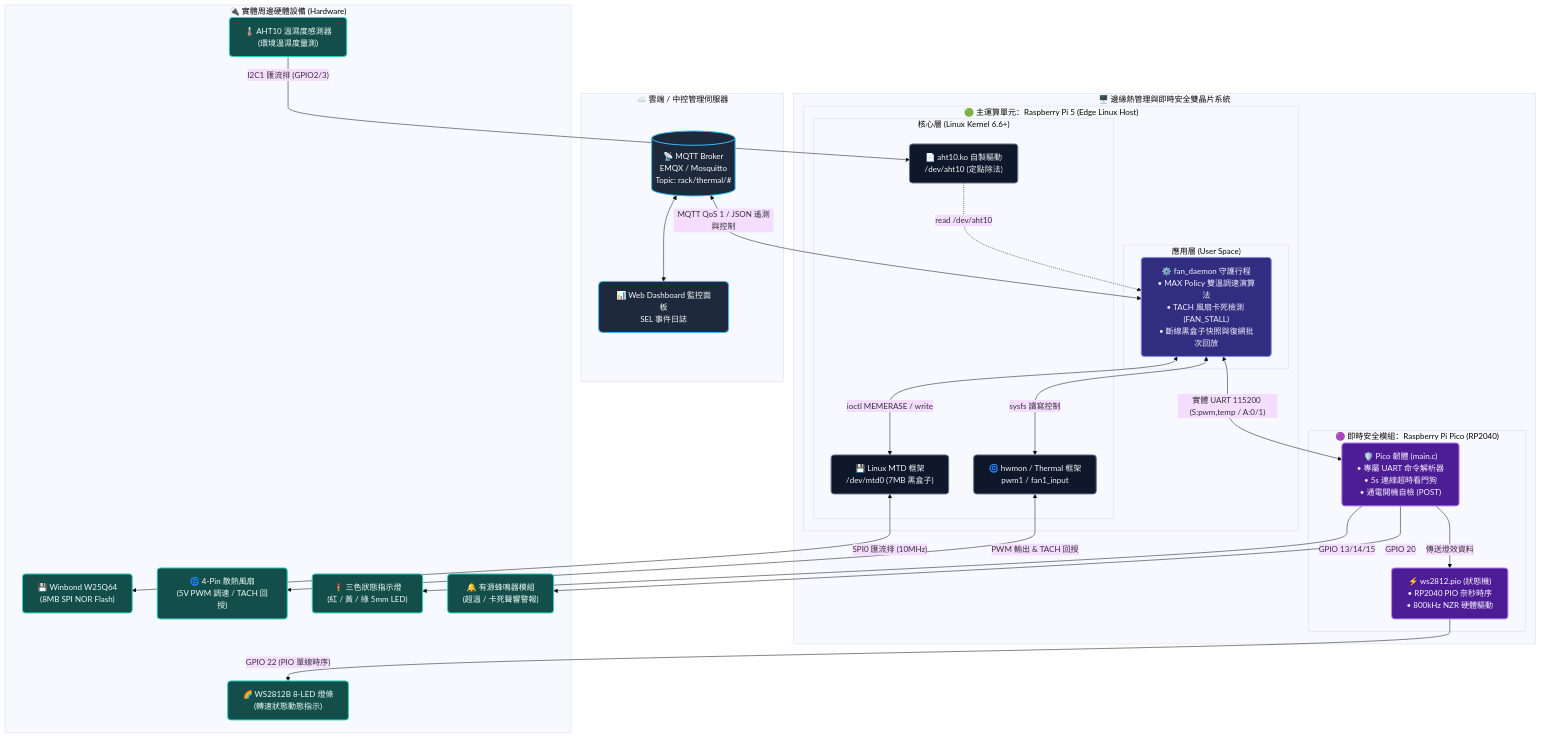
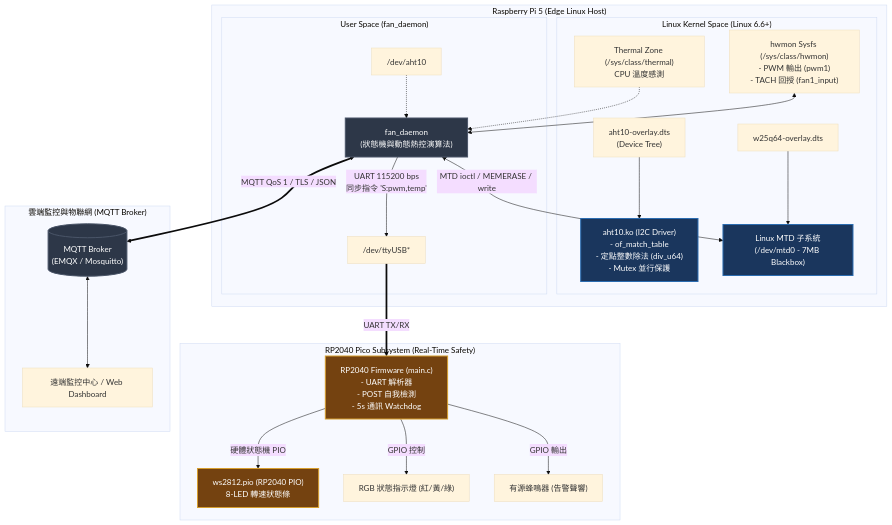
Before and after one commit to simpson588/rack-thermal-controller: the diagram in README.md, drawn with Mermaid (base theme). The commit also changed other lines of this file, not shown here.

Commit message:
revert(docs): restore clean layout from previous version (collapse Mermaid, emphasize high-res diagrams)

````diff
--- a/README.md
+++ b/README.md
@@ -88,73 +79,39 @@
 ```mermaid
-flowchart TB
-%% ===== 樣式定義 =====
-    classDef central fill:#1E293B,stroke:#38BDF8,stroke-width:2px,color:#F8FAFC,rx:8px,ry:8px;
-    classDef app fill:#312E81,stroke:#818CF8,stroke-width:2px,color:#EEF2FF,rx:6px,ry:6px;
-    classDef kernel fill:#0F172A,stroke:#64748B,stroke-width:2px,color:#F1F5F9,rx:6px,ry:6px;
-    classDef mcu fill:#4C1D95,stroke:#C084FC,stroke-width:2px,color:#FAF5FF,rx:6px,ry:6px;
-    classDef hw fill:#134E4A,stroke:#2DD4BF,stroke-width:2px,color:#F0FDFA,rx:6px,ry:6px;
+graph TB
+    subgraph Edge_Node ["Raspberry Pi 5 (Edge Linux Host)"]
+        subgraph Kernel_Space ["Linux Kernel Space (Linux 6.6+)"]
+            AHT10_DTS["aht10-overlay.dts\n(Device Tree)"] --> AHT10_DRV["aht10.ko (I2C Driver)\n- of_match_table\n- 定點整數除法 (div_u64)\n- Mutex 並行保護"]
+            W25Q_DTS["w25q64-overlay.dts"] --> MTD_DRV["Linux MTD 子系統\n(/dev/mtd0 - 7MB Blackbox)"]
+            HWMON["hwmon Sysfs (/sys/class/hwmon)\n- PWM 輸出 (pwm1)\n- TACH 回授 (fan1_input)"]
+            CPU_TEMP["Thermal Zone (/sys/class/thermal)\nCPU 溫度感測"]
+        end
 
-%% ===== 頂層：雲端中控 =====
-    subgraph Central ["☁️ 雲端 / 中控管理伺服器"]
-        BROKER[("📡 MQTT Broker<br>EMQX / Mosquitto<br>Topic: rack/thermal/#")]
-        DASH["📊 Web Dashboard 監控面板<br>SEL 事件日誌"]
-        BROKER <--> DASH
+        subgraph User_Space ["User Space (fan_daemon)"]
+            DEV_AHT10["/dev/aht10"] -.-> DAEMON["fan_daemon\n(狀態機與動態熱控演算法)"]
+            CPU_TEMP -.-> DAEMON
+            HWMON <--> DAEMON
+            
+            DAEMON <-->|MTD ioctl / MEMERASE / write| MTD_DRV
+            DAEMON -->|UART 115200 bps\n同步指令 'S:pwm,temp'| UART_PORT["/dev/ttyUSB*"]
+        end
     end
 
-%% ===== 中層：邊緣主機與安全模組 =====
-    subgraph EdgeSystem ["🖥️ 邊緣熱管理與即時安全雙晶片系統"]
-        
-        subgraph Host_RPi5 ["🟢 主運算單元：Raspberry Pi 5 (Edge Linux Host)"]
-            subgraph User_Space ["應用層 (User Space)"]
-                DAEMON["⚙️ fan_daemon 守護行程<br>• MAX Policy 雙溫調速演算法<br>• TACH 風扇卡死檢測 (FAN_STALL)<br>• 斷線黑盒子快照與復網批次回放"]
-            end
-
-            subgraph Kernel_Space ["核心層 (Linux Kernel 6.6+)"]
-                DRV_AHT10["📄 aht10.ko 自製驅動<br>/dev/aht10 (定點除法)"]
-                DRV_MTD["💾 Linux MTD 框架<br>/dev/mtd0 (7MB 黑盒子)"]
-                DRV_HWMON["🌀 hwmon / Thermal 框架<br>pwm1 / fan1_input"]
-            end
-        end
-
-        subgraph Sub_Pico ["🟣 即時安全模組：Raspberry Pi Pico (RP2040)"]
-            PICO_FW["🛡️ Pico 韌體 (main.c)<br>• 專屬 UART 命令解析器<br>• 5s 連線超時看門狗<br>• 通電開機自檢 (POST)"]
-            PICO_PIO["⚡ ws2812.pio (狀態機)<br>• RP2040 PIO 奈秒時序<br>• 800kHz NZR 硬體驅動"]
-            PICO_FW -->|"傳送燈效資料"| PICO_PIO
-        end
-
+    subgraph MCU_Subsystem ["RP2040 Pico Subsystem (Real-Time Safety)"]
+        UART_PORT ==>|UART TX/RX| PICO_MAIN["RP2040 Firmware (main.c)\n- UART 解析器\n- POST 自我檢測\n- 5s 通訊 Watchdog"]
+        PICO_MAIN -->|硬體狀態機 PIO| PIO_WS2812["ws2812.pio (RP2040 PIO)\n8-LED 轉速狀態條"]
+        PICO_MAIN -->|GPIO 控制| STATUS_LEDS["RGB 狀態指示燈 (紅/黃/綠)"]
+        PICO_MAIN -->|GPIO 輸出| BUZZER["有源蜂鳴器 (告警聲響)"]
     end
 
-%% ===== 底層：實體周邊硬體 =====
-    subgraph Hardware ["🔌 實體周邊硬體設備 (Hardware)"]
-        HW_AHT10["🌡️ AHT10 溫濕度感測器<br>(環境溫濕度量測)"]
-        HW_W25Q64["💾 Winbond W25Q64<br>(8MB SPI NOR Flash)"]
-        HW_FAN["🌀 4-Pin 散熱風扇<br>(5V PWM 調速 / TACH 回授)"]
-        
-        HW_LED["🚦 三色狀態指示燈<br>(紅 / 黃 / 綠 5mm LED)"]
-        HW_BUZZER["🔔 有源蜂鳴器模組<br>(超溫 / 卡死聲響警報)"]
-        HW_STRIP["🌈 WS2812B 8-LED 燈條<br>(轉速狀態動態指示)"]
+    subgraph Cloud_Network ["雲端監控與物聯網 (MQTT Broker)"]
+        DAEMON <==>|MQTT QoS 1 / TLS / JSON| BROKER[("MQTT Broker\n(EMQX / Mosquitto)")]
+        BROKER <--> WEB_DASH["遠端監控中心 / Web Dashboard"]
     end
 
-%% ===== 垂直與水平對齊之資料流 =====
-    BROKER <-->|"MQTT QoS 1 / JSON 遙測與控制"| DAEMON
-    DAEMON <-->|"實體 UART 115200 (S:pwm,temp / A:0/1)"| PICO_FW
-
-    DRV_AHT10 -.->|"read /dev/aht10"| DAEMON
-    DAEMON <-->|"ioctl MEMERASE / write"| DRV_MTD
-    DAEMON <-->|"sysfs 讀寫控制"| DRV_HWMON
-
-    HW_AHT10 -->|"I2C1 匯流排 (GPIO2/3)"| DRV_AHT10
-    DRV_MTD <-->|"SPI0 匯流排 (10MHz)"| HW_W25Q64
-    DRV_HWMON <-->|"PWM 輸出 & TACH 回授"| HW_FAN
-
-    PICO_FW -->|"GPIO 13/14/15"| HW_LED
-    PICO_FW -->|"GPIO 20"| HW_BUZZER
-    PICO_PIO -->|"GPIO 22 (PIO 單線時序)"| HW_STRIP
-
-%% ===== 樣式綁定 =====
-    class BROKER,DASH central;
-    class DAEMON app;
-    class DRV_AHT10,DRV_MTD,DRV_HWMON kernel;
-    class PICO_FW,PICO_PIO mcu;
-    class HW_AHT10,HW_W25Q64,HW_FAN,HW_LED,HW_BUZZER,HW_STRIP hw;
+    classDef highlight fill:#2D3748,stroke:#4A5568,stroke-width:2px,color:#FFF;
+    classDef kernel fill:#1A365D,stroke:#2B6CB0,stroke-width:2px,color:#FFF;
+    classDef mcu fill:#744210,stroke:#D69E2E,stroke-width:2px,color:#FFF;
+    class DAEMON,BROKER highlight;
+    class AHT10_DRV,MTD_DRV kernel;
+    class PICO_MAIN,PIO_WS2812 mcu;
 ```
````
